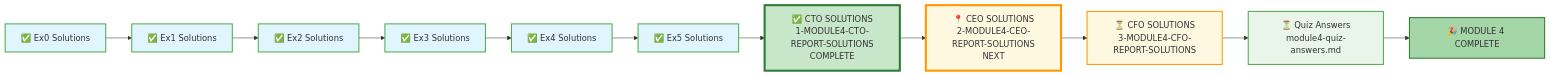
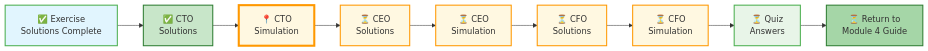
Before and after one commit to uniqueumamaheswari-universe/SQLVerse: the fourth of 4 diagrams in Level-1-beginner/Module4-JoiningTables/4-exerciseAndQuizSolutions/6-capstone-solutions/1-MODULE4-CTO-REPORT-SOLUTIONS.md, drawn with Mermaid. The commit also changed other lines of this file and 3 other files, not shown here.

````diff
--- a/Level-1-beginner/Module4-JoiningTables/4-exerciseAndQuizSolutions/6-capstone-solutions/1-MODULE4-CTO-REPORT-SOLUTIONS.md
+++ b/Level-1-beginner/Module4-JoiningTables/4-exerciseAndQuizSolutions/6-capstone-solutions/1-MODULE4-CTO-REPORT-SOLUTIONS.md
@@ -802,25 +791,21 @@
 ```mermaid
 flowchart LR
-    Ex0["✅ Ex0 Solutions"] --> Ex1["✅ Ex1 Solutions"]
-    Ex1 --> Ex2["✅ Ex2 Solutions"]
-    Ex2 --> Ex3["✅ Ex3 Solutions"]
-    Ex3 --> Ex4["✅ Ex4 Solutions"]
-    Ex4 --> Ex5["✅ Ex5 Solutions"]
-    Ex5 --> CTO["✅ CTO SOLUTIONS<br/>1-MODULE4-CTO-REPORT-SOLUTIONS<br/>COMPLETE"]
-    CTO --> CEO["📍 CEO SOLUTIONS<br/>2-MODULE4-CEO-REPORT-SOLUTIONS<br/>NEXT"]
-    CEO --> CFO["⏳ CFO SOLUTIONS<br/>3-MODULE4-CFO-REPORT-SOLUTIONS"]
-    CFO --> Quiz["⏳ Quiz Answers<br/>module4-quiz-answers.md"]
-    Quiz --> Complete["🎉 MODULE 4 COMPLETE"]
+    A["✅ Exercise<br/>Solutions Complete"] --> B["✅ CTO<br/>Solutions"]
+    B --> C["📍 CTO<br/>Simulation"]
+    C --> D["⏳ CEO<br/>Solutions"]
+    D --> E["⏳ CEO<br/>Simulation"]
+    E --> F["⏳ CFO<br/>Solutions"]
+    F --> G["⏳ CFO<br/>Simulation"]
+    G --> H["⏳ Quiz<br/>Answers"]
+    H --> I["⏳ Return to<br/>Module 4 Guide"]
     
-    style Ex0 fill:#e1f5fe,stroke:#4caf50,stroke-width:2px
-    style Ex1 fill:#e1f5fe,stroke:#4caf50,stroke-width:2px
-    style Ex2 fill:#e1f5fe,stroke:#4caf50,stroke-width:2px
-    style Ex3 fill:#e1f5fe,stroke:#4caf50,stroke-width:2px
-    style Ex4 fill:#e1f5fe,stroke:#4caf50,stroke-width:2px
-    style Ex5 fill:#e1f5fe,stroke:#4caf50,stroke-width:2px
-    style CTO fill:#c8e6c9,stroke:#2e7d32,stroke-width:4px
-    style CEO fill:#fff8e1,stroke:#ff9800,stroke-width:4px
-    style CFO fill:#fff8e1,stroke:#ff9800,stroke-width:2px
-    style Quiz fill:#e8f5e8,stroke:#4caf50,stroke-width:2px
-    style Complete fill:#a5d6a7,stroke:#2e7d32,stroke-width:2px
+    style A fill:#e1f5fe,stroke:#4caf50,stroke-width:2px
+    style B fill:#c8e6c9,stroke:#2e7d32,stroke-width:2px
+    style C fill:#fff8e1,stroke:#ff9800,stroke-width:4px
+    style D fill:#fff8e1,stroke:#ff9800,stroke-width:2px
+    style E fill:#fff8e1,stroke:#ff9800,stroke-width:2px
+    style F fill:#fff8e1,stroke:#ff9800,stroke-width:2px
+    style G fill:#fff8e1,stroke:#ff9800,stroke-width:2px
+    style H fill:#e8f5e8,stroke:#4caf50,stroke-width:2px
+    style I fill:#a5d6a7,stroke:#2e7d32,stroke-width:2px
 ```
````
